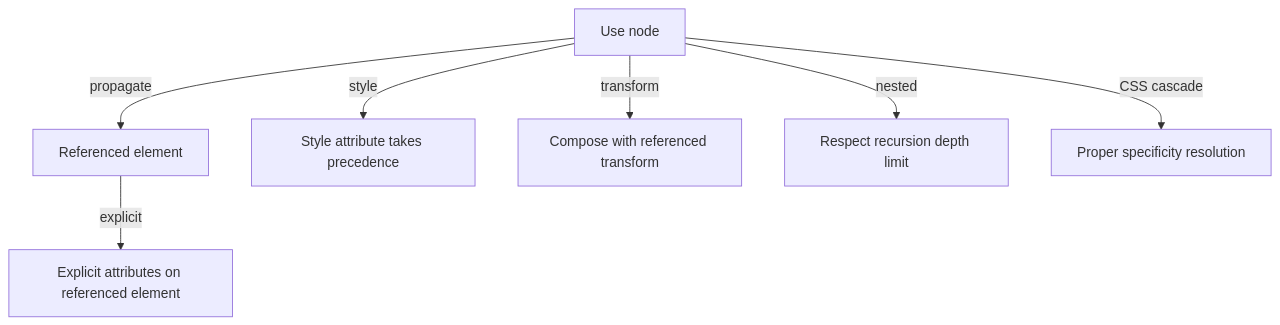
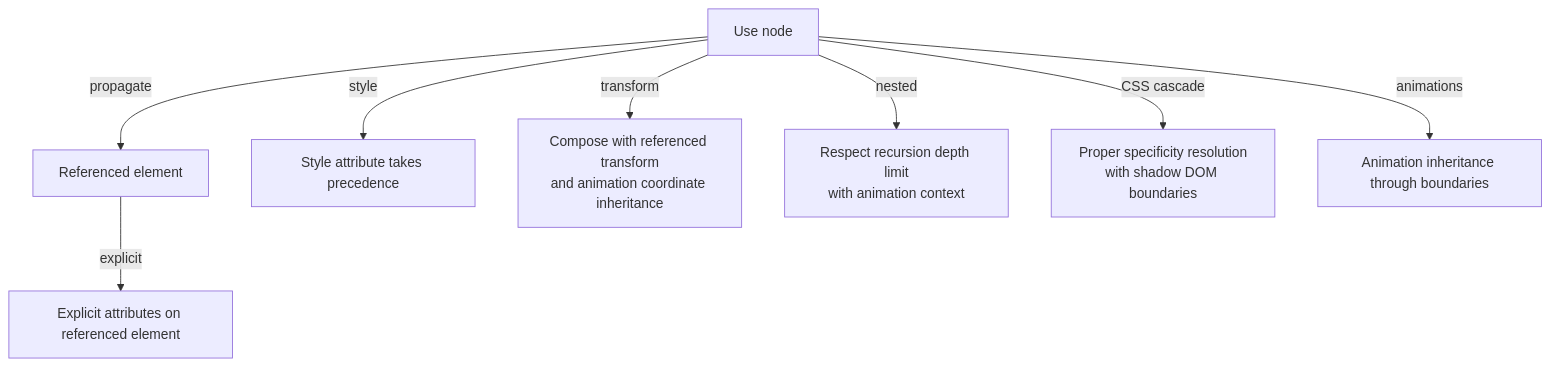
The ninth of 10 diagrams in .qoder/repowiki/en/content/Advanced Features/Use Element Symbol Inheritance.md (denisnadey/flutter_full_svg_support), drawn with Mermaid before and after one commit. The commit also changed other lines of this file and 20 other files, not shown here.

````diff
--- a/.qoder/repowiki/en/content/Advanced Features/Use Element Symbol Inheritance.md
+++ b/.qoder/repowiki/en/content/Advanced Features/Use Element Symbol Inheritance.md
@@ -341,9 +395,10 @@
 ```mermaid
 flowchart TD
 U["Use node"] --> |propagate| Ref["Referenced element"]
 Ref --> |explicit| Override["Explicit attributes on referenced element"]
 U --> |style| Priority["Style attribute takes precedence"]
-U --> |transform| Compose["Compose with referenced transform"]
-U --> |nested| Depth["Respect recursion depth limit"]
-U --> |CSS cascade| Cascade["Proper specificity resolution"]
+U --> |transform| Compose["Compose with referenced transform<br/>and animation coordinate inheritance"]
+U --> |nested| Depth["Respect recursion depth limit<br/>with animation context"]
+U --> |CSS cascade| Cascade["Proper specificity resolution<br/>with shadow DOM boundaries"]
+U --> |animations| AnimInherit["Animation inheritance through boundaries"]
 ```
````
